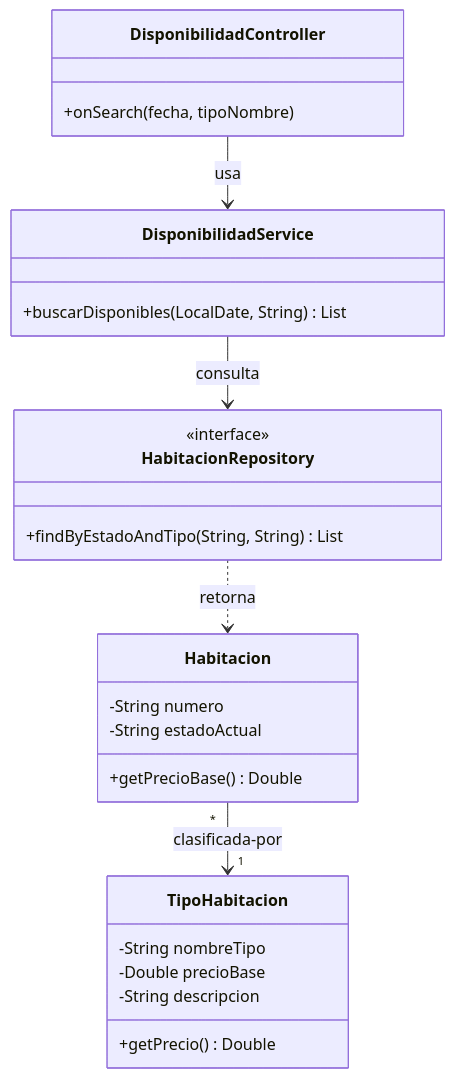
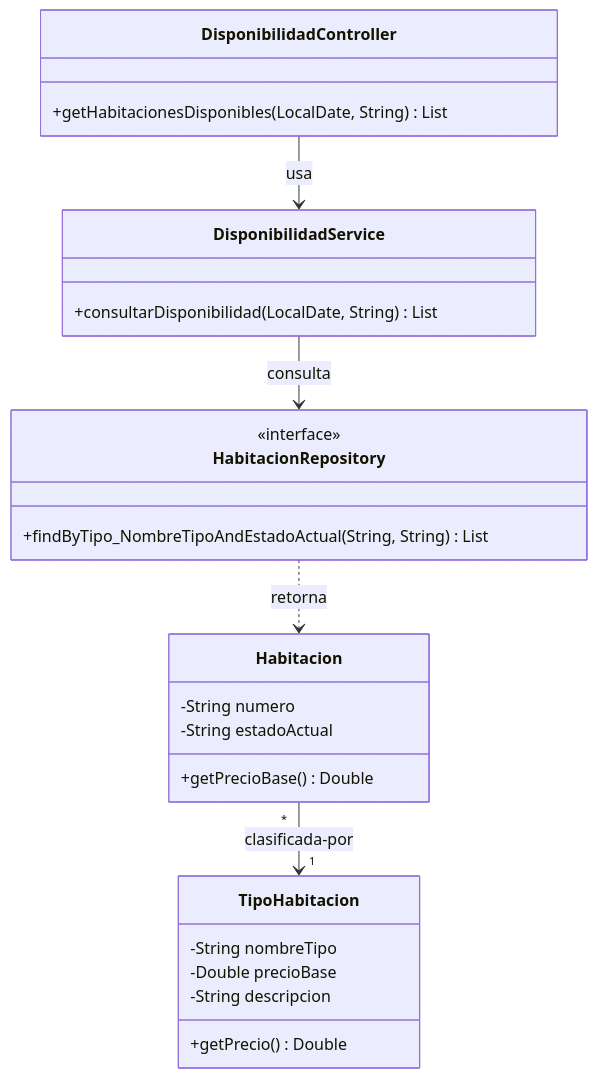
One commit to Tsmrain/GestionSistemas changed the diagram in 03_Diseño/CU-01-Consultar-Disponibilidad/CU-01_Clases_Diseño.mmd. Above: the diagram before and after it, drawn with Mermaid. The commit also changed 3 other files, not shown here.

Commit message:
docs: update diagrams to reflect actual code implementation

```diff
--- a/03_Diseño/CU-01-Consultar-Disponibilidad/CU-01_Clases_Diseño.mmd
+++ b/03_Diseño/CU-01-Consultar-Disponibilidad/CU-01_Clases_Diseño.mmd
@@ -1,33 +1,33 @@
 classDiagram
     direction TB
     
     class DisponibilidadController {
-        +onSearch(fecha, tipoNombre)
+        +getHabitacionesDisponibles(LocalDate, String) List
     }
 
     class DisponibilidadService {
-        +buscarDisponibles(LocalDate, String) List
+        +consultarDisponibilidad(LocalDate, String) List
     }
 
     class HabitacionRepository {
         <<interface>>
-        +findByEstadoAndTipo(String, String) List
+        +findByTipo_NombreTipoAndEstadoActual(String, String) List
     }
 
     class Habitacion {
         -String numero
         -String estadoActual
         +getPrecioBase() Double
     }
 
     class TipoHabitacion {
         -String nombreTipo
         -Double precioBase
         -String descripcion
         +getPrecio() Double
     }
 
     DisponibilidadController --> DisponibilidadService : usa
     DisponibilidadService --> HabitacionRepository : consulta
     HabitacionRepository ..> Habitacion : retorna
     Habitacion "*" --> "1" TipoHabitacion : clasificada-por
```
